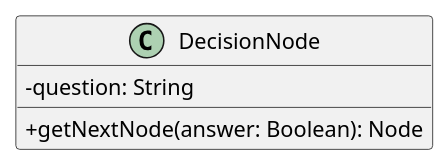
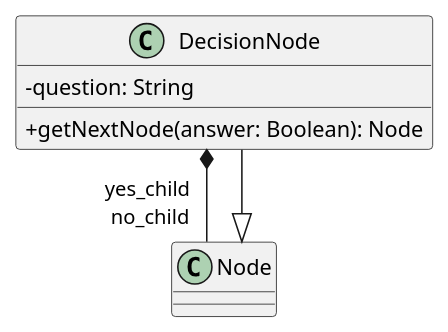
One commit to GroupRubberDuck/Documentazione changed the diagram in src/PB/DocumentazioneEsterna/Specifica_Tecnica/content/uml/puml/Dominio/DecisionNode.puml. Above: the diagram before and after it, drawn with PlantUML. The commit also changed 10 other files, not shown here.

```diff
--- a/src/PB/DocumentazioneEsterna/Specifica_Tecnica/content/uml/puml/Dominio/DecisionNode.puml
+++ b/src/PB/DocumentazioneEsterna/Specifica_Tecnica/content/uml/puml/Dominio/DecisionNode.puml
@@ -1,10 +1,12 @@
 @startuml DecisionNode
 skinparam linetype ortho
 skinparam classAttributeIconSize 0
 
 class DecisionNode {
     - question: String
     + getNextNode(answer: Boolean): Node
 }
+DecisionNode *--" yes_child \n no_child" Node
+DecisionNode --|> Node
 
 @enduml
```
